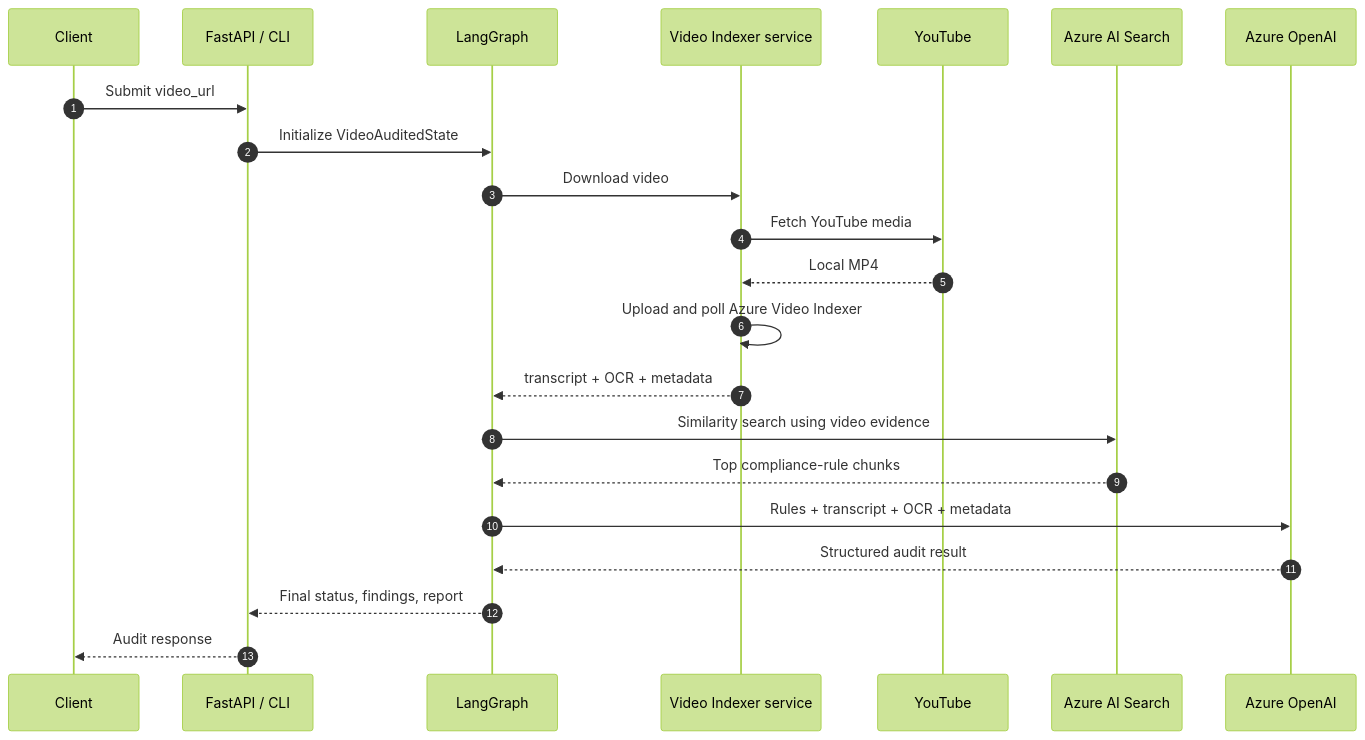
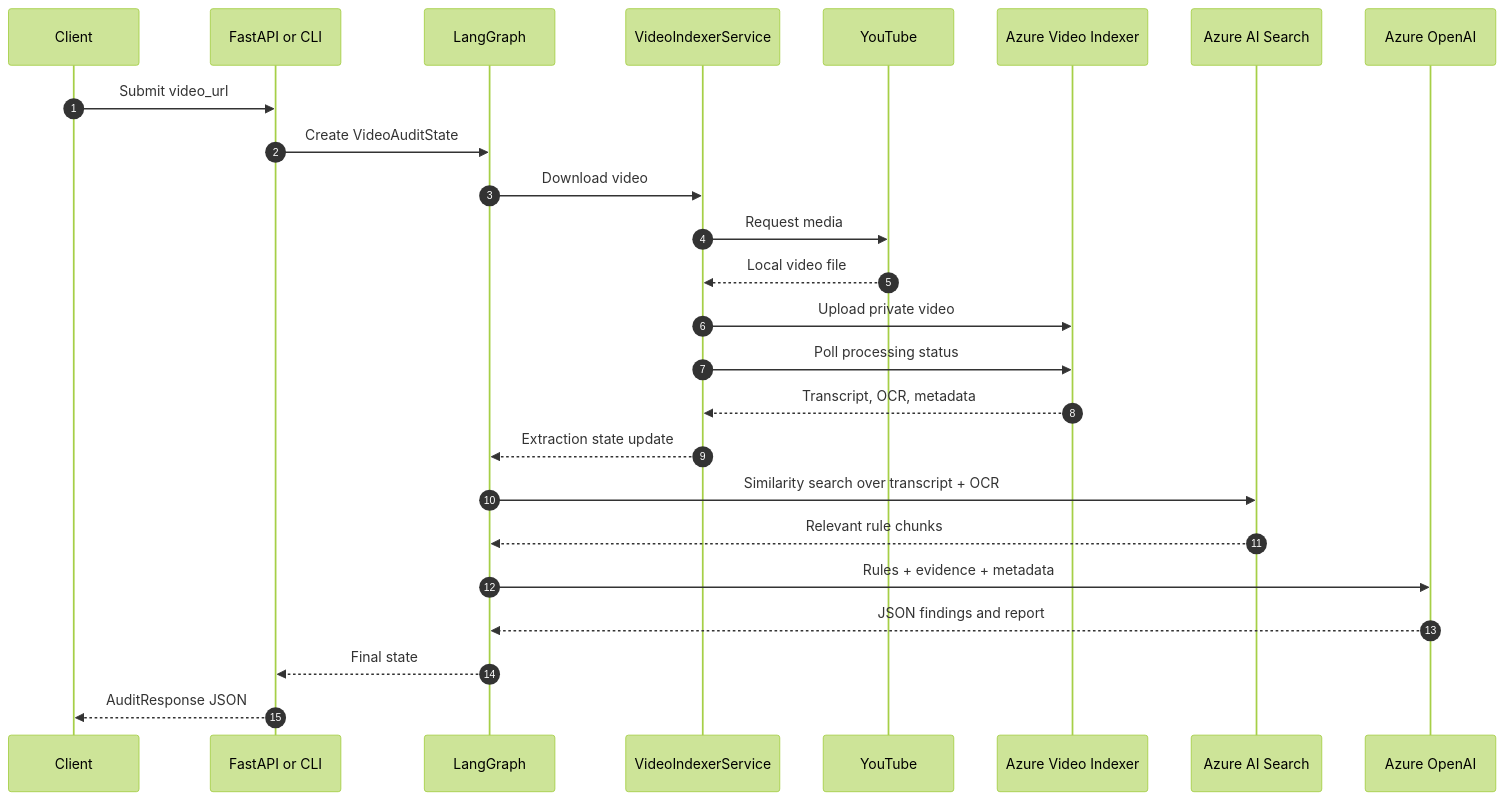
The second of 4 diagrams in README.md (Sumit-Prasad01/BRAND-GUARDIAN-AI), drawn with Mermaid (forest theme) before and after one commit. The commit also changed other lines of this file, not shown here.

````diff
--- a/README.md
+++ b/README.md
@@ -56,25 +60,28 @@
 ```mermaid
 sequenceDiagram
     autonumber
     participant C as Client
-    participant A as FastAPI / CLI
+    participant A as FastAPI or CLI
     participant G as LangGraph
-    participant V as Video Indexer service
+    participant V as VideoIndexerService
     participant Y as YouTube
+    participant I as Azure Video Indexer
     participant S as Azure AI Search
     participant L as Azure OpenAI
 
     C->>A: Submit video_url
-    A->>G: Initialize VideoAuditedState
+    A->>G: Create VideoAuditState
     G->>V: Download video
-    V->>Y: Fetch YouTube media
-    Y-->>V: Local MP4
-    V->>V: Upload and poll Azure Video Indexer
-    V-->>G: transcript + OCR + metadata
-    G->>S: Similarity search using video evidence
-    S-->>G: Top compliance-rule chunks
-    G->>L: Rules + transcript + OCR + metadata
-    L-->>G: Structured audit result
-    G-->>A: Final status, findings, report
-    A-->>C: Audit response
+    V->>Y: Request media
+    Y-->>V: Local video file
+    V->>I: Upload private video
+    V->>I: Poll processing status
+    I-->>V: Transcript, OCR, metadata
+    V-->>G: Extraction state update
+    G->>S: Similarity search over transcript + OCR
+    S-->>G: Relevant rule chunks
+    G->>L: Rules + evidence + metadata
+    L-->>G: JSON findings and report
+    G-->>A: Final state
+    A-->>C: AuditResponse JSON
 ```
````
